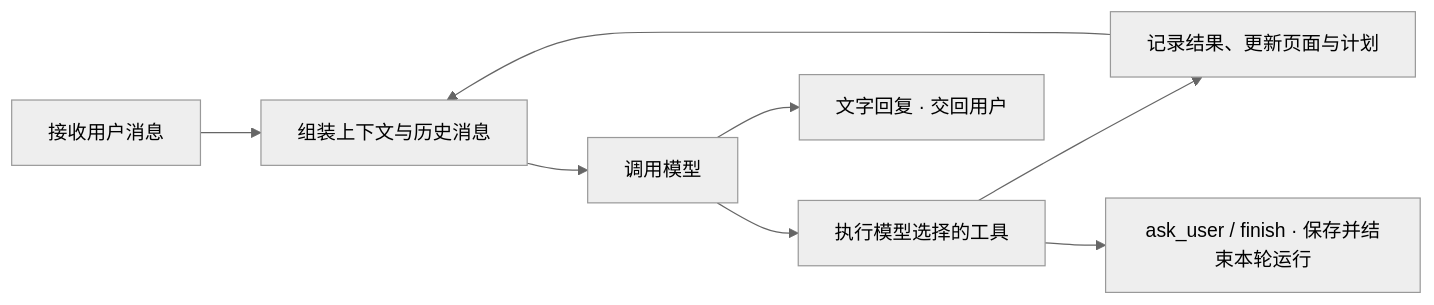
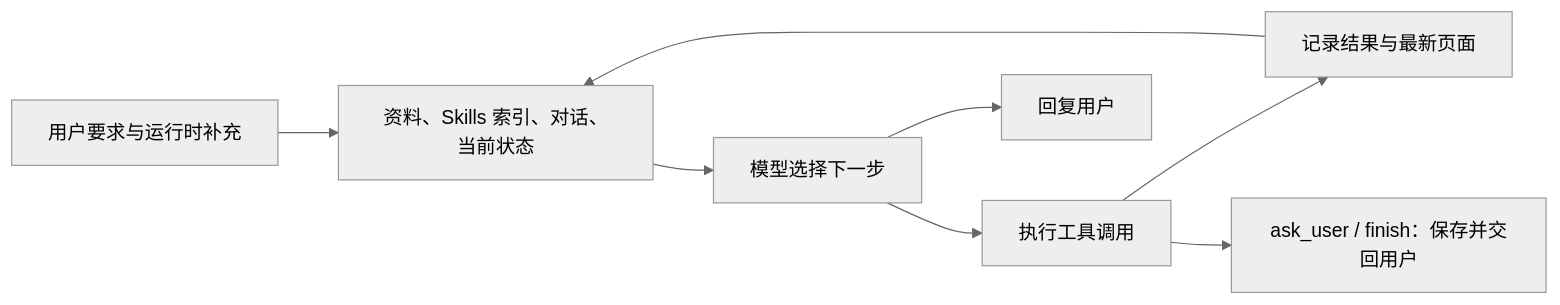
Before and after one commit to YigeWang1221/JobApply_agent: the first of 2 diagrams in README.md, drawn with Mermaid (neutral theme). The commit also changed other lines of this file and 4 other files, not shown here.

````diff
--- a/README.md
+++ b/README.md
@@ -118,10 +37,10 @@
 ```mermaid
 flowchart LR
-    inbox["接收用户消息"] --> context["组装上下文与历史消息"]
-    context --> model["调用模型"]
-    model --> calls["执行模型选择的工具"]
-    calls --> results["记录结果、更新页面与计划"]
-    results --> context
-    model --> reply["文字回复 · 交回用户"]
-    calls --> finish["ask_user / finish · 保存并结束本轮运行"]
+    input["用户要求与运行时补充"] --> context["资料、Skills 索引、对话、当前状态"]
+    context --> model["模型选择下一步"]
+    model --> tools["执行工具调用"]
+    tools --> result["记录结果与最新页面"]
+    result --> context
+    model --> reply["回复用户"]
+    tools --> handoff["ask_user / finish：保存并交回用户"]
 ```
````
